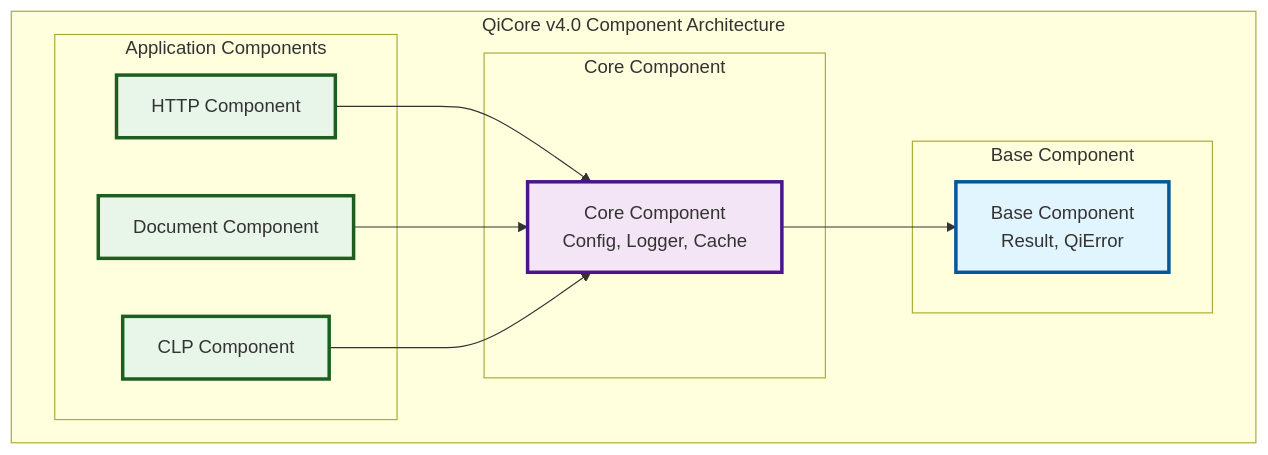
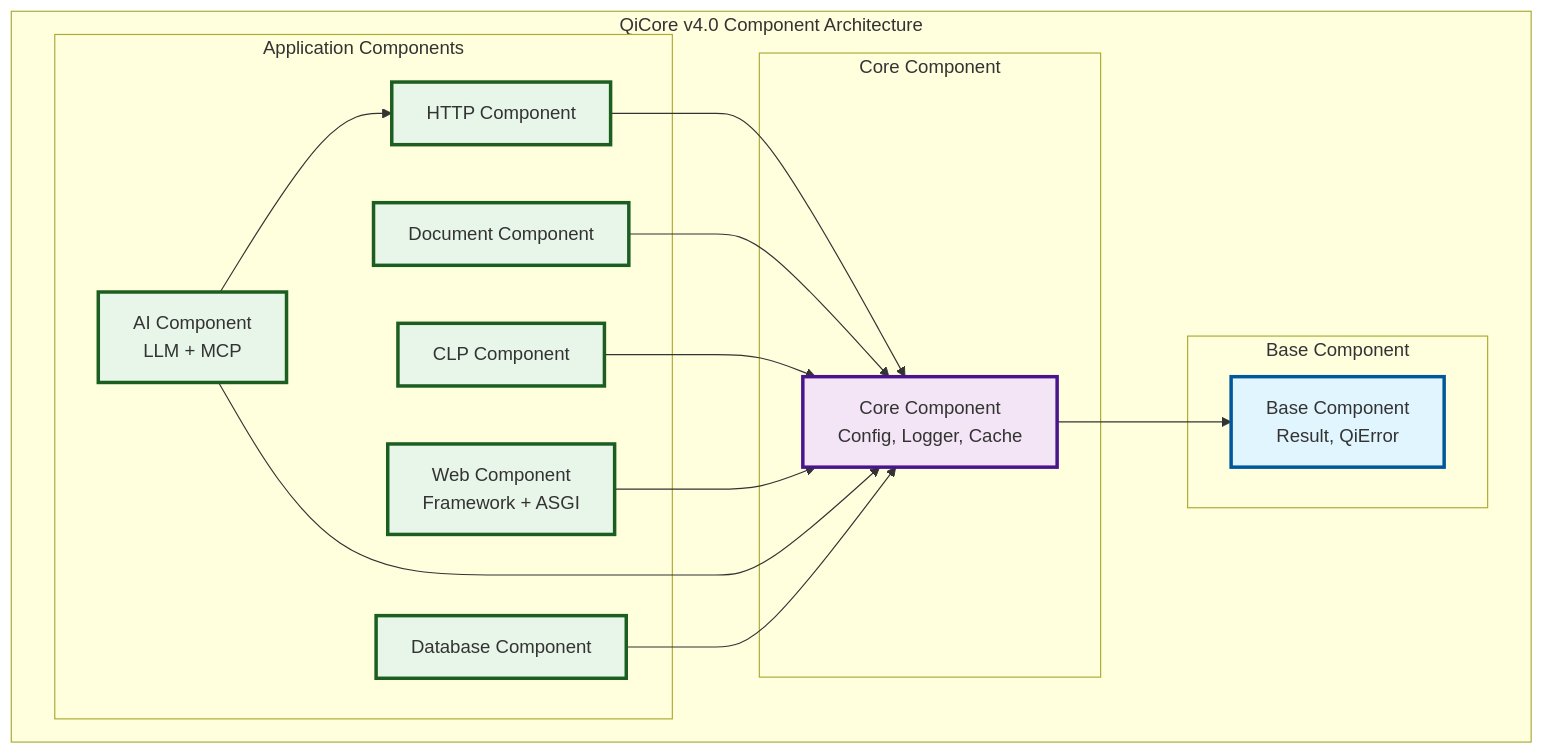
One commit to zhifengzhang-sz/QICORE-V4 changed the diagram in docs/sources/nl/qi.v4.component.contracts.md. Above: the diagram before and after it, drawn with Mermaid. The commit also changed other lines of this file and 11 other files, not shown here.

````diff
--- a/docs/sources/nl/qi.v4.component.contracts.md
+++ b/docs/sources/nl/qi.v4.component.contracts.md
@@ -15,32 +15,39 @@
 ```mermaid
 graph TD
     subgraph "QiCore v4.0 Component Architecture"
         subgraph "Application Components"
             HTTP[HTTP Component]
             Document[Document Component]
             CLP[CLP Component]
+            Web[Web Component<br/>Framework + ASGI]
+            AI[AI Component<br/>LLM + MCP]
+            DB[Database Component]
         end
         
         subgraph "Core Component"
             CoreComp[Core Component<br/>Config, Logger, Cache]
         end
         
         subgraph "Base Component"
             BaseComp[Base Component<br/>Result, QiError]
         end
         
         HTTP --> CoreComp
         Document --> CoreComp
         CLP --> CoreComp
+        Web --> CoreComp
+        AI --> CoreComp
+        AI --> HTTP
+        DB --> CoreComp
         
         CoreComp --> BaseComp
         
         classDef component fill:#e8f5e9,stroke:#1b5e20,stroke-width:3px
         classDef core fill:#f3e5f5,stroke:#4a148c,stroke-width:3px
         classDef base fill:#e1f5fe,stroke:#01579b,stroke-width:3px
         
-        class HTTP,Document,CLP component
+        class HTTP,Document,CLP,Web,AI,DB component
         class CoreComp core
         class BaseComp base
     end
 ```
````
